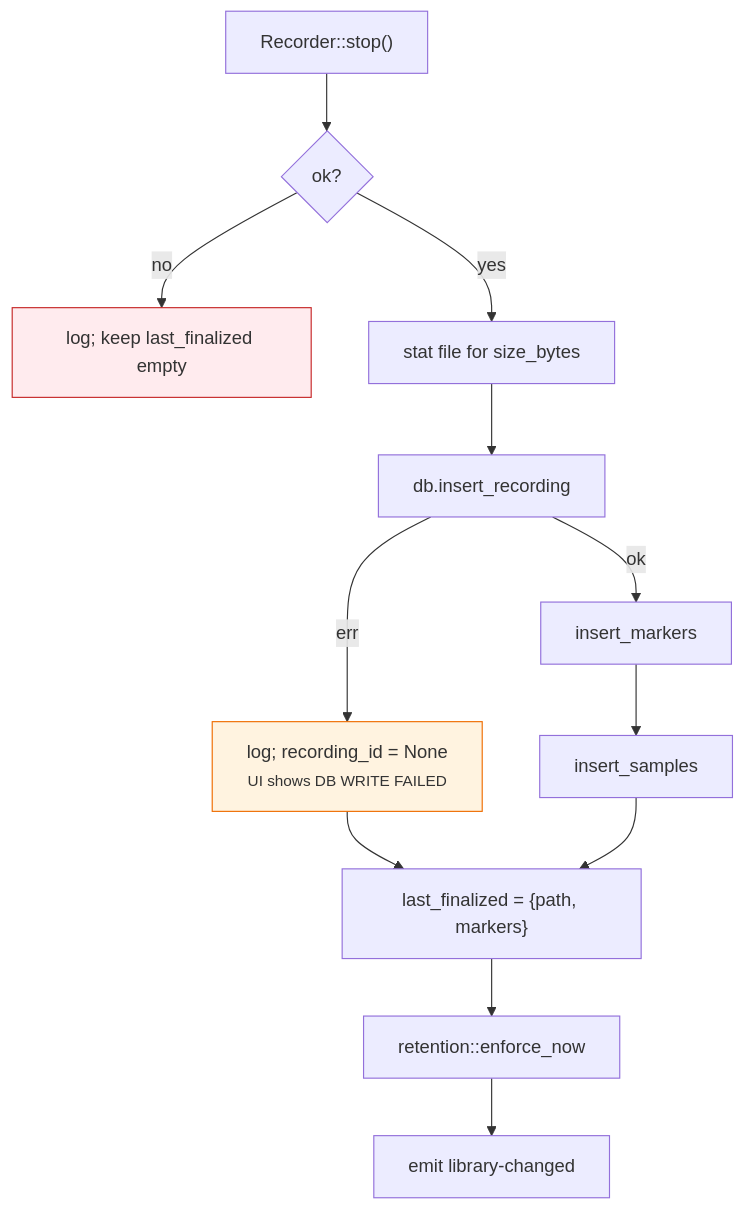
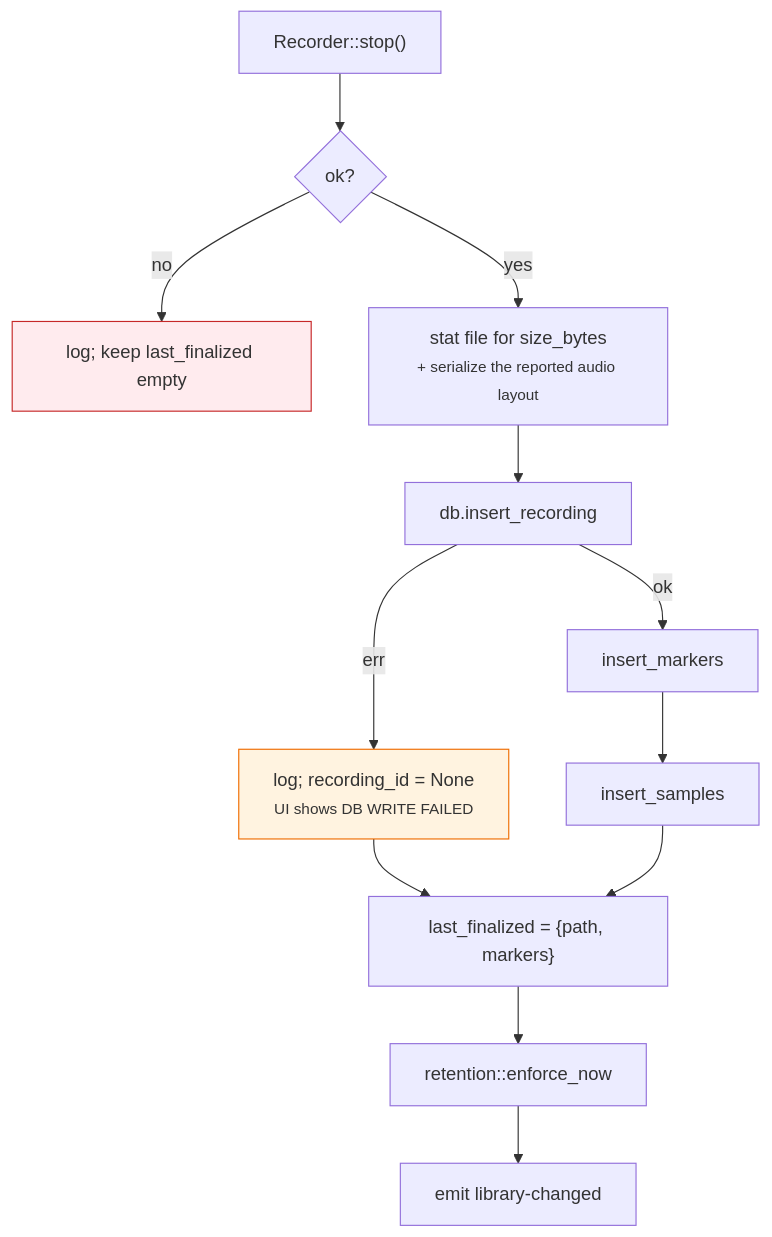
One commit to NinjaGoldfinch/ninja-recorder changed the fourth of 4 diagrams in docs/recording-pipeline.md. Above: the diagram before and after it, drawn with Mermaid. The commit also changed 30 other files, not shown here.

````diff
--- a/docs/recording-pipeline.md
+++ b/docs/recording-pipeline.md
@@ -170,16 +170,16 @@
 ```mermaid
 flowchart TB
     A["Recorder::stop()"] --> B{"ok?"}
     B -->|"no"| Z["log; keep last_finalized empty"]
-    B -->|"yes"| C["stat file for size_bytes"]
+    B -->|"yes"| C["stat file for size_bytes<br/><small>+ serialize the reported audio layout</small>"]
     C --> D["db.insert_recording"]
     D -->|"err"| E["log; recording_id = None<br/><small>UI shows DB WRITE FAILED</small>"]
     D -->|"ok"| F["insert_markers"]
     F --> G["insert_samples"]
     E --> H
     G --> H["last_finalized = {path, markers}"]
     H --> I["retention::enforce_now"]
     I --> J["emit library-changed"]
     style Z fill:#ffebee,stroke:#c62828
     style E fill:#fff3e0,stroke:#ef6c00
 ```
````
